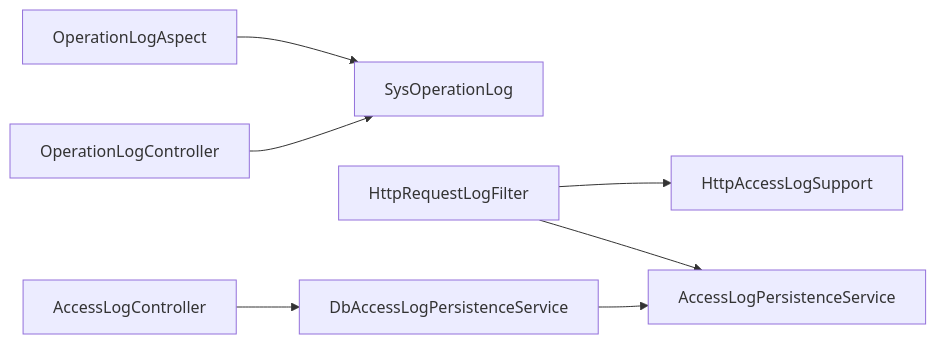
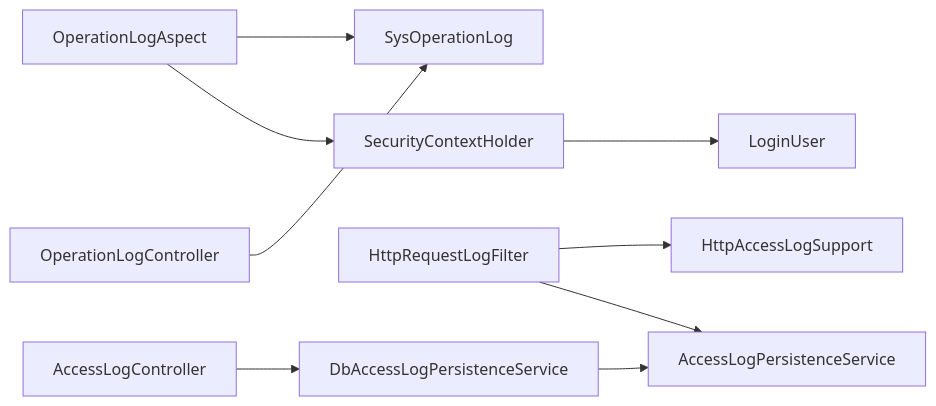
The eighth of 8 diagrams in .qoder/repowiki/zh/content/后端服务/支撑服务 (ele-ai-tender-support)/操作审计日志.md (DrunkFood/First), drawn with Mermaid before and after one commit. The commit also changed other lines of this file and 93 other files, not shown here.

````diff
--- a/.qoder/repowiki/zh/content/后端服务/支撑服务 (ele-ai-tender-support)/操作审计日志.md
+++ b/.qoder/repowiki/zh/content/后端服务/支撑服务 (ele-ai-tender-support)/操作审计日志.md
@@ -291,9 +364,11 @@
 ```mermaid
 graph LR
 OpAspect["OperationLogAspect"] --> OpEntity["SysOperationLog"]
+OpAspect --> SecCtx["SecurityContextHolder"]
+SecCtx --> LoginUser["LoginUser"]
 HttpFilter["HttpRequestLogFilter"] --> HttpSupport["HttpAccessLogSupport"]
 HttpFilter --> PersistSvc["AccessLogPersistenceService"]
 PersistImpl["DbAccessLogPersistenceService"] --> PersistSvc
 OpCtrl["OperationLogController"] --> OpEntity
 AccCtrl["AccessLogController"] --> PersistImpl
 ```
````
